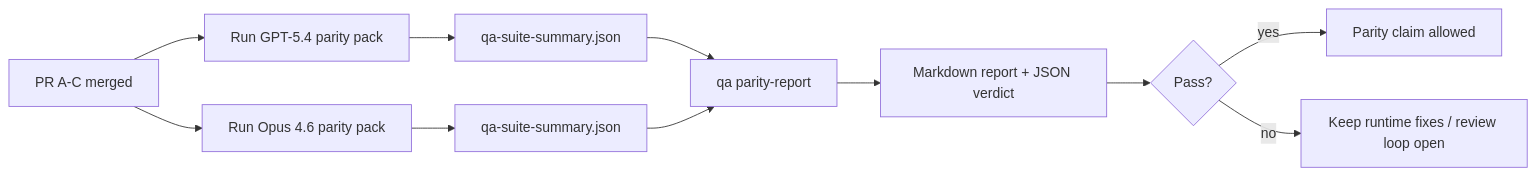
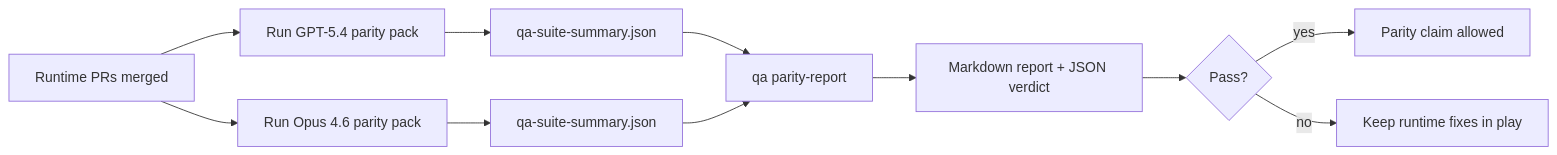
The diagram in docs/help/gpt54-codex-agentic-parity-maintainers.md (openclaw/openclaw), drawn with Mermaid before and after one commit. The commit also changed other lines of this file and 1 other file, not shown here.

Commit message:
docs(parity): rewrite parity docs in a more natural reviewer voice

````diff
--- a/docs/help/gpt54-codex-agentic-parity-maintainers.md
+++ b/docs/help/gpt54-codex-agentic-parity-maintainers.md
@@ -267,13 +223,13 @@
 ```mermaid
 flowchart LR
-    A["PR A-C merged"] --> B["Run GPT-5.4 parity pack"]
+    A["Runtime PRs merged"] --> B["Run GPT-5.4 parity pack"]
     A --> C["Run Opus 4.6 parity pack"]
     B --> D["qa-suite-summary.json"]
     C --> E["qa-suite-summary.json"]
     D --> F["qa parity-report"]
     E --> F
     F --> G["Markdown report + JSON verdict"]
     G --> H{"Pass?"}
     H -- "yes" --> I["Parity claim allowed"]
-    H -- "no" --> J["Keep runtime fixes / review loop open"]
+    H -- "no" --> J["Keep runtime fixes in play"]
 ```
````
